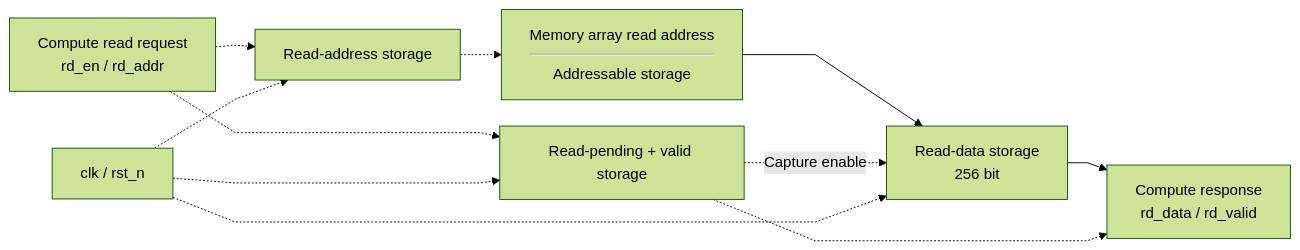
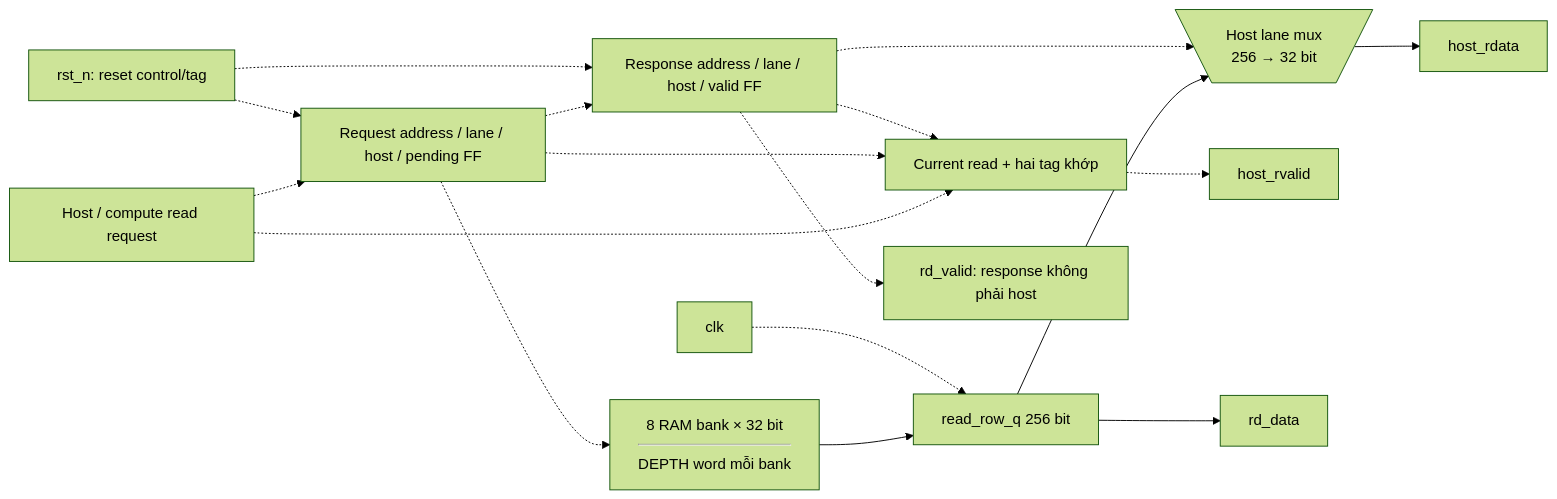
Before and after one commit to nguyennhutkhanhtom/NPU: the second of 2 diagrams in docs/source_guide/blocks/sram_256_wrapper.sv.md, drawn with Mermaid (forest theme). The commit also changed other lines of this file and 123 other files, not shown here.

````diff
--- a/docs/source_guide/blocks/sram_256_wrapper.sv.md
+++ b/docs/source_guide/blocks/sram_256_wrapper.sv.md
@@ -181,14 +216,19 @@
 ```mermaid
 flowchart LR
-%%{init: {"flowchart": {"subGraphTitleMargin": {"top": 8, "bottom": 20}, "nodeSpacing": 28, "rankSpacing": 42, "curve": "linear"}}}%%
-    REQ["Compute read request<br/>rd_en / rd_addr"] -.-> ADDR["Read-address storage"]
-    REQ -.-> VALID["Read-pending + valid storage"]
-    ADDR -.-> MEM@{ shape: rect, label: "Memory array read address<hr/>Addressable storage" }
-    MEM --> DATA["Read-data storage<br/>256 bit"]
-    VALID -.->|"Capture enable"| DATA
-    DATA --> OUT["Compute response<br/>rd_data / rd_valid"]
-    VALID -.-> OUT
-    RESET["clk / rst_n"] -.-> ADDR
-    RESET -.-> VALID
-    RESET -.-> DATA
+    IN["Host / compute read request"] -.-> REQ["Request address / lane / host / pending FF"]
+    REQ -.-> RAM@{ shape: rect, label: "8 RAM bank × 32 bit<hr/>DEPTH word mỗi bank" }
+    RAM --> DATA["read_row_q 256 bit"]
+    REQ -.-> TAG["Response address / lane / host / valid FF"]
+    DATA --> HM@{ shape: trap-t, label: "Host lane mux<br/>256 → 32 bit" }
+    TAG -.-> HM
+    HM --> H["host_rdata"]
+    IN -.-> VALID["Current read + hai tag khớp"]
+    REQ -.-> VALID
+    TAG -.-> VALID
+    VALID -.-> HV["host_rvalid"]
+    TAG -.-> CV["rd_valid: response không phải host"]
+    DATA --> C["rd_data"]
+    RESET["rst_n: reset control/tag"] -.-> REQ
+    RESET -.-> TAG
+    CLK["clk"] -.-> DATA
 ```
````
